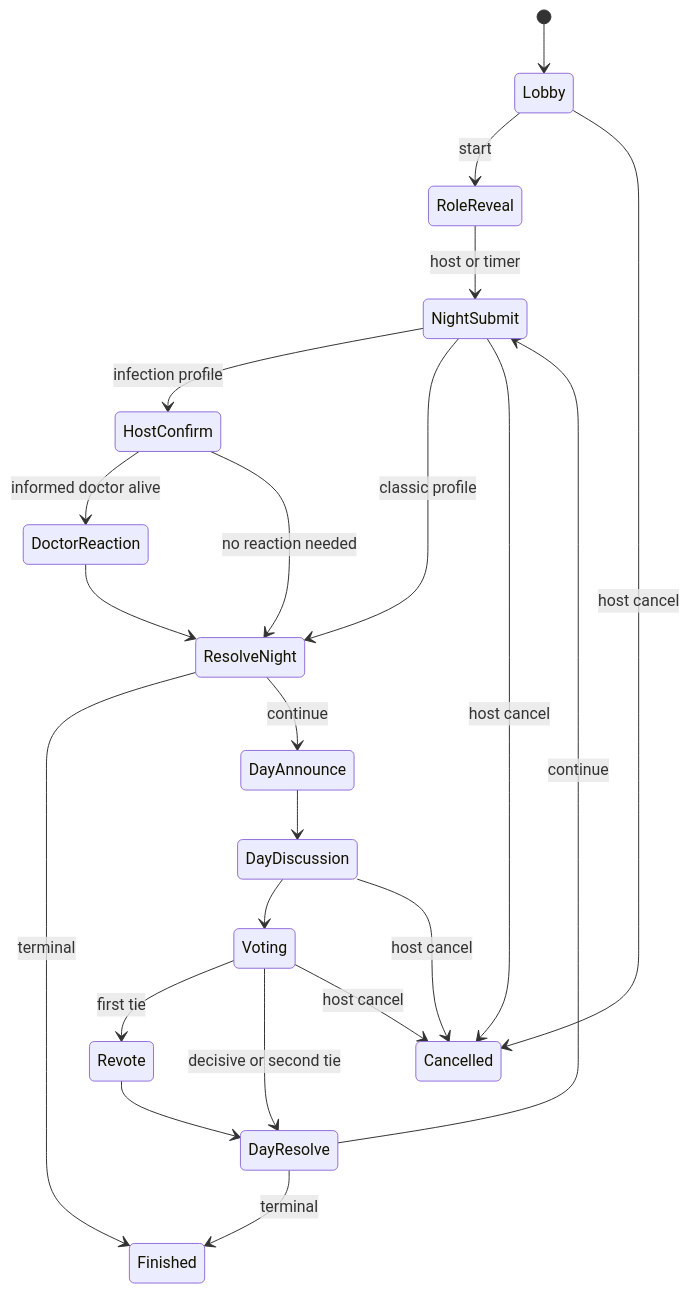
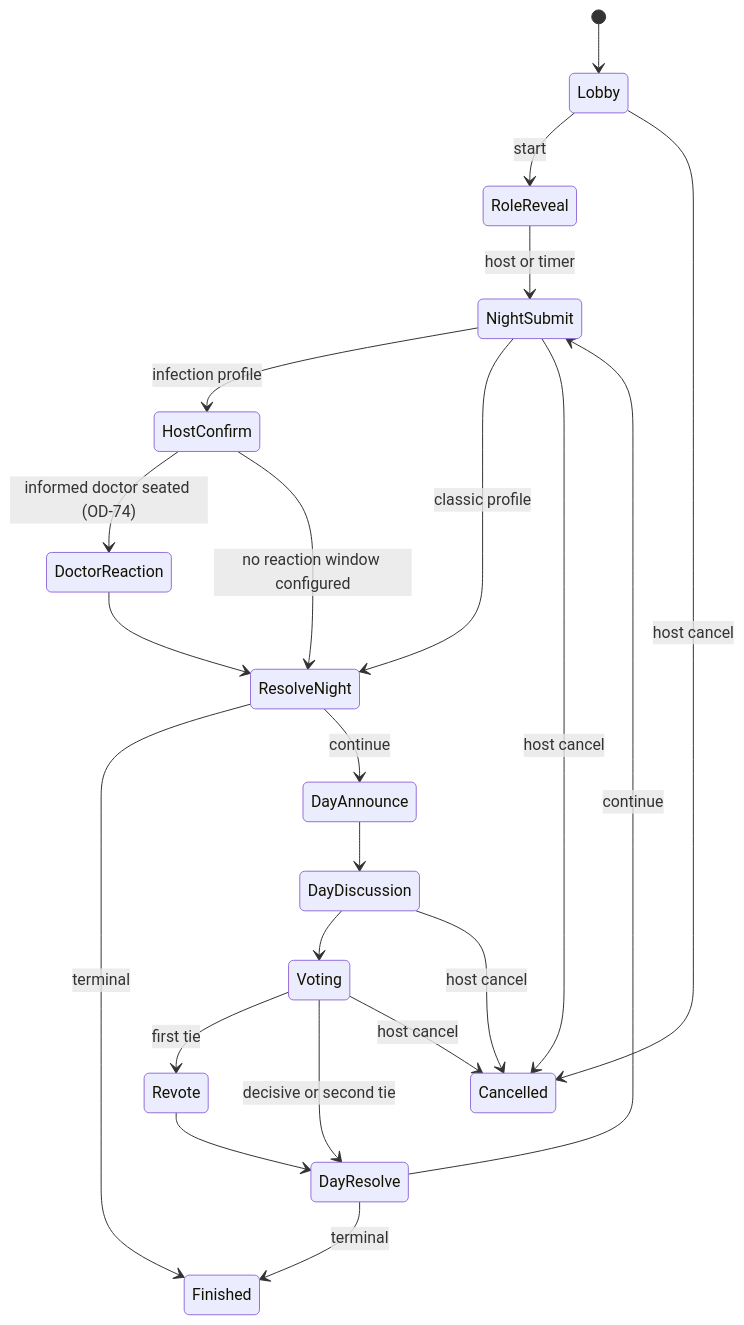
Before and after one commit to ShonThakre/Warewolf: the fourth of 12 diagrams in docs/werewolf/implementation-plan.md, drawn with Mermaid. The commit also changed other lines of this file and 364 other files, not shown here.

````diff
--- a/docs/werewolf/implementation-plan.md
+++ b/docs/werewolf/implementation-plan.md
@@ -292,24 +292,24 @@
 ```mermaid
 stateDiagram-v2
   [*] --> Lobby
   Lobby --> RoleReveal: start
   RoleReveal --> NightSubmit: host or timer
   NightSubmit --> HostConfirm: infection profile
   NightSubmit --> ResolveNight: classic profile
-  HostConfirm --> DoctorReaction: informed doctor alive
-  HostConfirm --> ResolveNight: no reaction needed
+  HostConfirm --> DoctorReaction: informed doctor seated (OD-74)
+  HostConfirm --> ResolveNight: no reaction window configured
   DoctorReaction --> ResolveNight
   ResolveNight --> Finished: terminal
   ResolveNight --> DayAnnounce: continue
   DayAnnounce --> DayDiscussion
   DayDiscussion --> Voting
   Voting --> Revote: first tie
   Voting --> DayResolve: decisive or second tie
   Revote --> DayResolve
   DayResolve --> Finished: terminal
   DayResolve --> NightSubmit: continue
   Lobby --> Cancelled: host cancel
   NightSubmit --> Cancelled: host cancel
   DayDiscussion --> Cancelled: host cancel
   Voting --> Cancelled: host cancel
 ```
````
